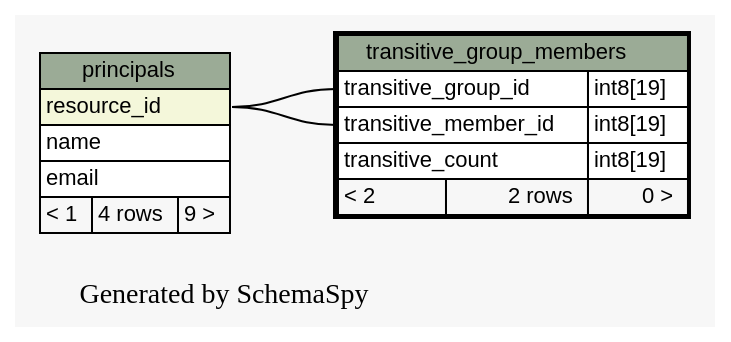
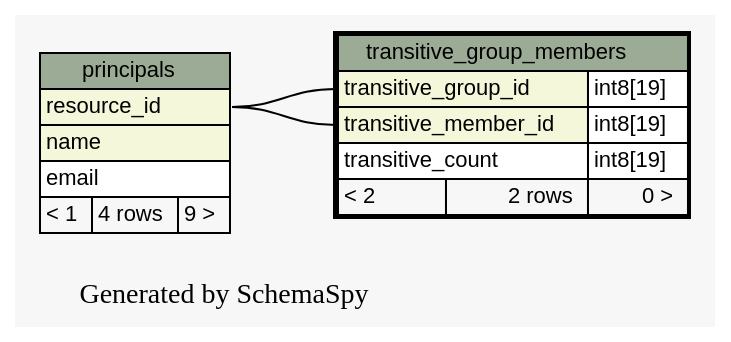
Before and after one commit to tolsen/limestone: the diagram in limestone/doc/schemaSpy/graphs/transitive_group_members.1degree.dot, drawn with Graphviz. The commit also changed 156 other files, not shown here.

Commit message:
update limestone schemaSpy

```diff
--- a/limestone/doc/schemaSpy/graphs/transitive_group_members.1degree.dot
+++ b/limestone/doc/schemaSpy/graphs/transitive_group_members.1degree.dot
@@ -1,43 +1,43 @@
-// dot 2.20.2 on Linux 2.6.25-2-amd64
+// dot 2.20.2 on Linux 2.6.28-1-amd64
 digraph "oneDegreeRelationshipsGraph" {
   graph [
     rankdir="RL"
     bgcolor="#f7f7f7"
     label="\nGenerated by SchemaSpy"
     labeljust="l"
   ];
   node [
     fontname="Helvetica"
     fontsize="11"
     shape="plaintext"
   ];
   edge [
     arrowsize="0.8"
   ];
   "transitive_group_members":"transitive_group_id":w -> "principals":"resource_id":e [arrowtail=crowtee arrowhead=none];
   "transitive_group_members":"transitive_member_id":w -> "principals":"resource_id":e [arrowtail=crowtee arrowhead=none];
   "principals" [
     label=<
     <TABLE BORDER="0" CELLBORDER="1" CELLSPACING="0" BGCOLOR="#ffffff">
       <TR><TD PORT="principals.heading" COLSPAN="3" BGCOLOR="#9bab96" ALIGN="CENTER">principals</TD></TR>
       <TR><TD PORT="resource_id" COLSPAN="3" BGCOLOR="#f4f7da" ALIGN="LEFT">resource_id</TD></TR>
-      <TR><TD PORT="name" COLSPAN="3" ALIGN="LEFT">name</TD></TR>
+      <TR><TD PORT="name" COLSPAN="3" BGCOLOR="#f4f7da" ALIGN="LEFT">name</TD></TR>
       <TR><TD PORT="email" COLSPAN="3" ALIGN="LEFT">email</TD></TR>
       <TR><TD ALIGN="LEFT" BGCOLOR="#f7f7f7">&lt; 1</TD><TD ALIGN="RIGHT" BGCOLOR="#f7f7f7">4 rows</TD><TD ALIGN="RIGHT" BGCOLOR="#f7f7f7">9 &gt;</TD></TR>
     </TABLE>>
     URL="principals.html#graph"
     tooltip="principals"
   ];
   "transitive_group_members" [
     label=<
     <TABLE BORDER="2" CELLBORDER="1" CELLSPACING="0" BGCOLOR="#ffffff">
       <TR><TD PORT="transitive_group_members.heading" COLSPAN="3" BGCOLOR="#9bab96" ALIGN="CENTER">transitive_group_members</TD></TR>
-      <TR><TD PORT="transitive_group_id" COLSPAN="2" ALIGN="LEFT">transitive_group_id</TD><TD PORT="transitive_group_id.type" ALIGN="LEFT">int8[19]</TD></TR>
-      <TR><TD PORT="transitive_member_id" COLSPAN="2" ALIGN="LEFT">transitive_member_id</TD><TD PORT="transitive_member_id.type" ALIGN="LEFT">int8[19]</TD></TR>
+      <TR><TD PORT="transitive_group_id" COLSPAN="2" BGCOLOR="#f4f7da" ALIGN="LEFT">transitive_group_id</TD><TD PORT="transitive_group_id.type" ALIGN="LEFT">int8[19]</TD></TR>
+      <TR><TD PORT="transitive_member_id" COLSPAN="2" BGCOLOR="#f4f7da" ALIGN="LEFT">transitive_member_id</TD><TD PORT="transitive_member_id.type" ALIGN="LEFT">int8[19]</TD></TR>
       <TR><TD PORT="transitive_count" COLSPAN="2" ALIGN="LEFT">transitive_count</TD><TD PORT="transitive_count.type" ALIGN="LEFT">int8[19]</TD></TR>
       <TR><TD ALIGN="LEFT" BGCOLOR="#f7f7f7">&lt; 2</TD><TD ALIGN="RIGHT" BGCOLOR="#f7f7f7">2 rows</TD><TD ALIGN="RIGHT" BGCOLOR="#f7f7f7">0 &gt;</TD></TR>
     </TABLE>>
     URL="transitive_group_members.html#"
     tooltip="transitive_group_members"
   ];
 }
```
